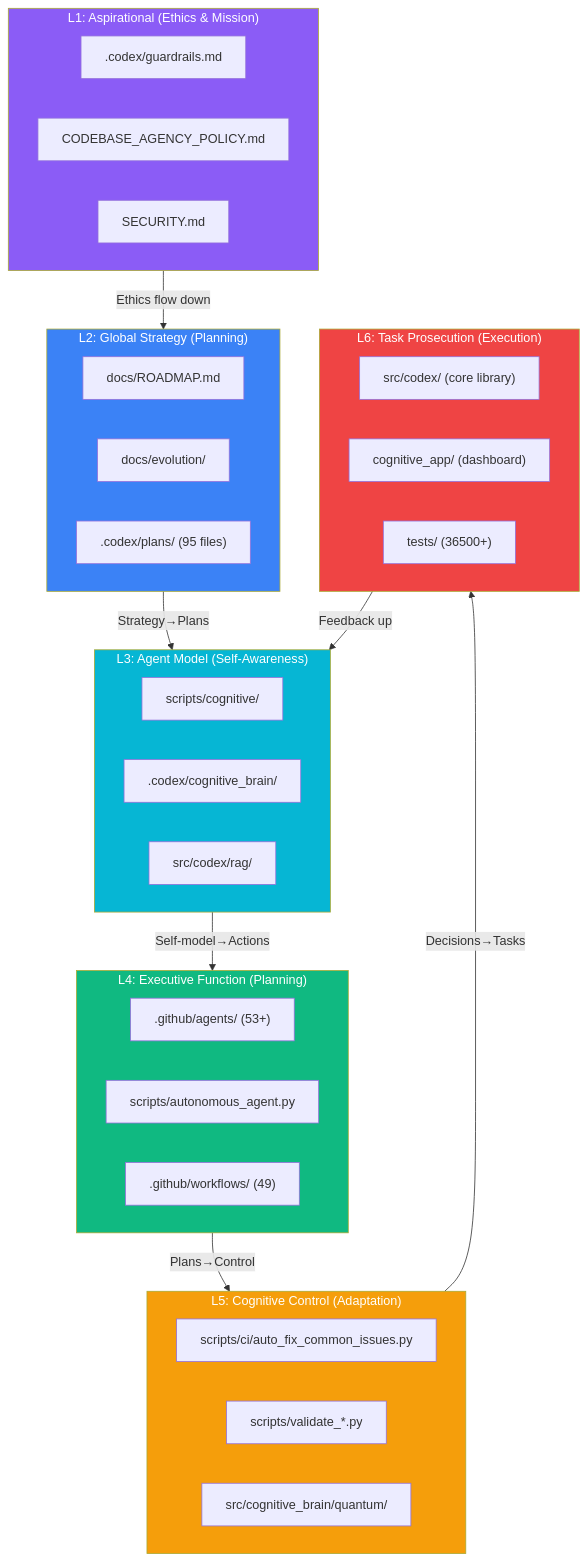
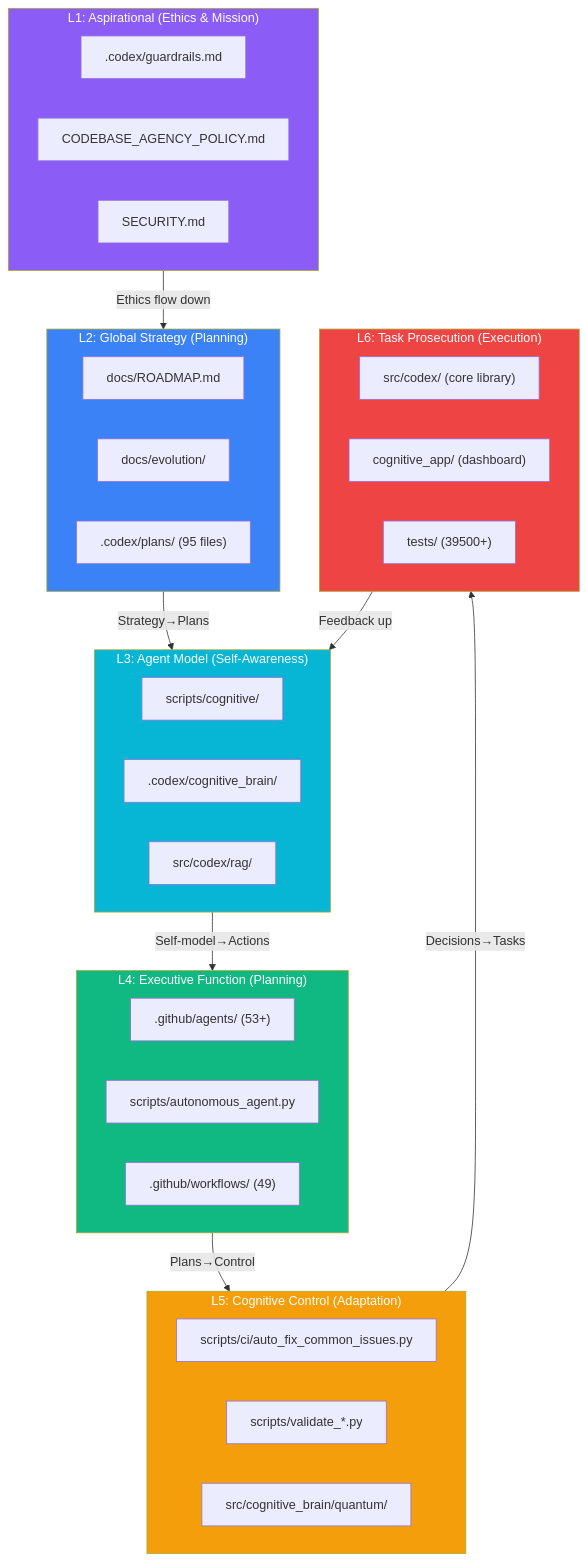
Before and after one commit to Aries-Serpent/_codex_: the diagram in docs/evolution/COGNITIVE_CODEBASE_MAP.md, drawn with Mermaid. The commit also changed 599 other files, not shown here.

````diff
--- a/docs/evolution/COGNITIVE_CODEBASE_MAP.md
+++ b/docs/evolution/COGNITIVE_CODEBASE_MAP.md
@@ -14,53 +14,53 @@
 ```mermaid
 %%{init: {'accessibility': {'title': 'Flowchart showing "L1: Aspirational (Ethics & Mission)", ".codex/guardrails.md"'}}%%
 graph TD
     subgraph L1["L1: Aspirational (Ethics & Mission)"]
         E1[".codex/guardrails.md"]
         E2["CODEBASE_AGENCY_POLICY.md"]
         E3["SECURITY.md"]
     end
 
     subgraph L2["L2: Global Strategy (Planning)"]
         S1["docs/ROADMAP.md"]
         S2["docs/evolution/"]
         S3[".codex/plans/ (95 files)"]
     end
 
     subgraph L3["L3: Agent Model (Self-Awareness)"]
         M1["scripts/cognitive/"]
         M2[".codex/cognitive_brain/"]
         M3["src/codex/rag/"]
     end
 
     subgraph L4["L4: Executive Function (Planning)"]
         X1[".github/agents/ (53+)"]
         X2["scripts/autonomous_agent.py"]
         X3[".github/workflows/ (49)"]
     end
 
     subgraph L5["L5: Cognitive Control (Adaptation)"]
         C1["scripts/ci/auto_fix_common_issues.py"]
         C2["scripts/validate_*.py"]
         C3["src/cognitive_brain/quantum/"]
     end
 
     subgraph L6["L6: Task Prosecution (Execution)"]
         T1["src/codex/ (core library)"]
         T2["cognitive_app/ (dashboard)"]
-        T3["tests/ (36500+)"]
+        T3["tests/ (39500+)"]
     end
 
     L1 -->|"Ethics flow down"| L2
     L2 -->|"Strategy→Plans"| L3
     L3 -->|"Self-model→Actions"| L4
     L4 -->|"Plans→Control"| L5
     L5 -->|"Decisions→Tasks"| L6
     L6 -->|"Feedback up"| L3
 
     style L1 fill:#8b5cf6,color:#fff
     style L2 fill:#3b82f6,color:#fff
     style L3 fill:#06b6d4,color:#fff
     style L4 fill:#10b981,color:#fff
     style L5 fill:#f59e0b,color:#fff
     style L6 fill:#ef4444,color:#fff
 ```
````
